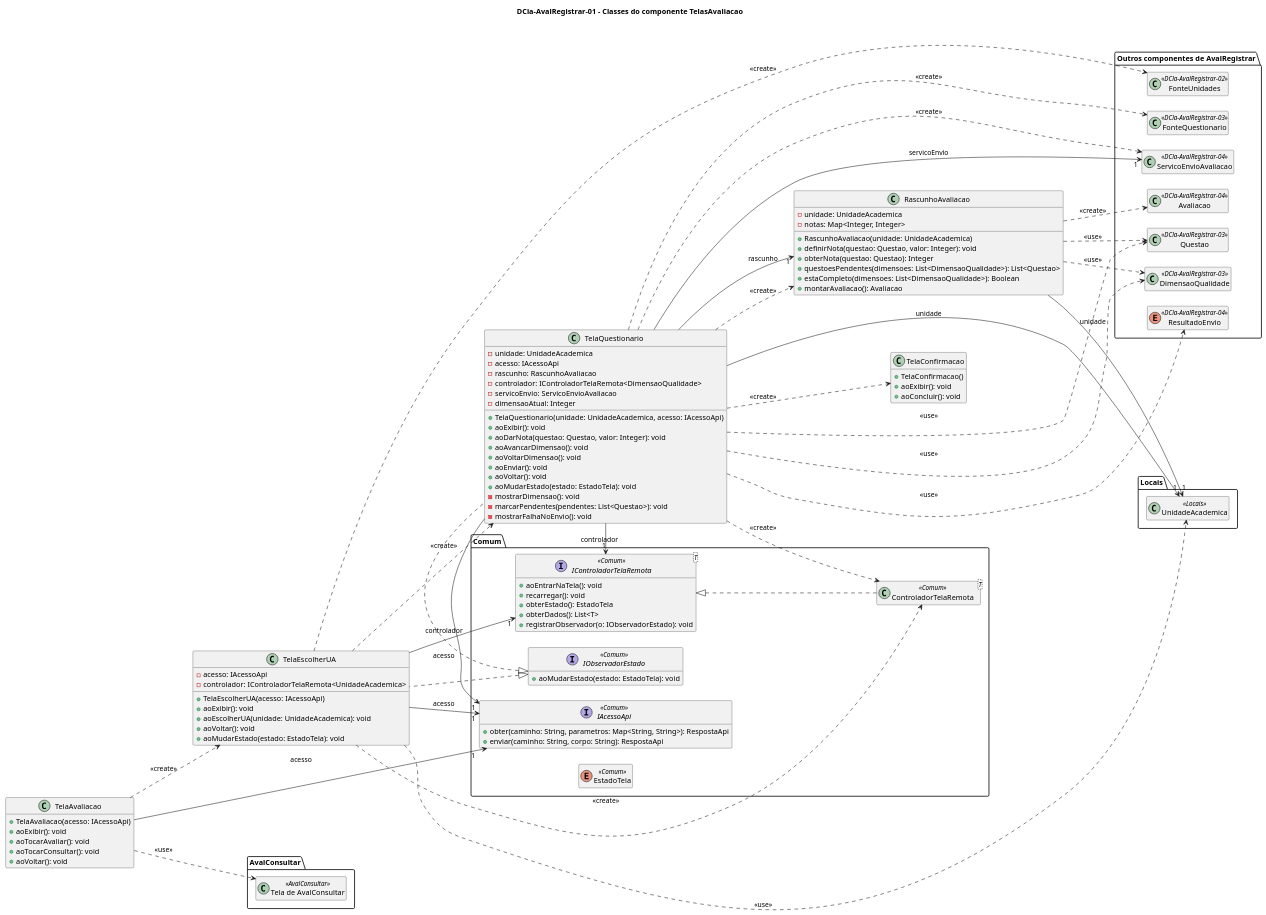
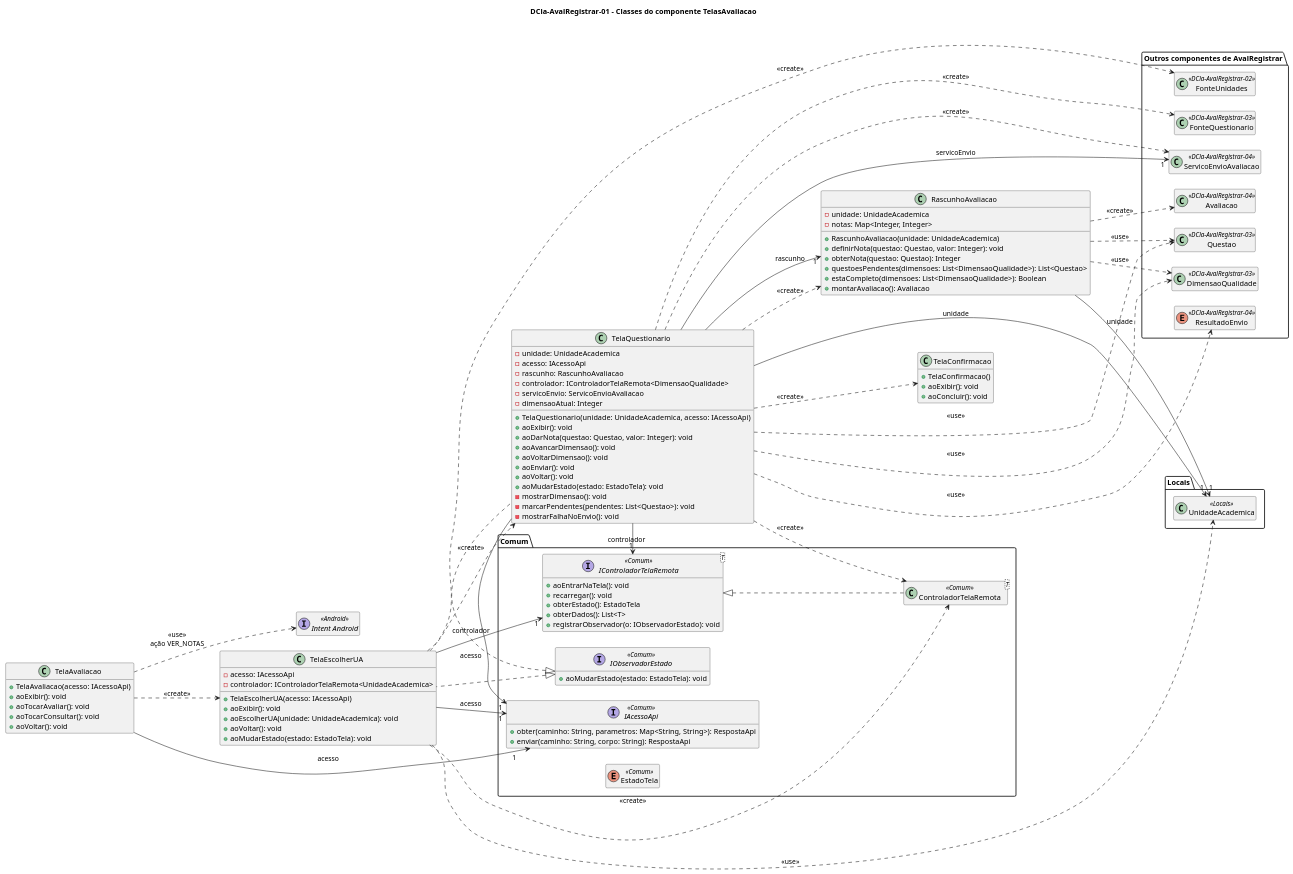
Before and after one commit to joseduardogon/Minha_UFG_Grupo_Cinza: the diagram in AvalRegistrar/DCla-AvalRegistrar-01.puml, drawn with PlantUML. The commit also changed 21 other files, not shown here.

First line of the commit message:
D-AVC-02: Avaliação – Consultar notas – estrutura (DD, DCmp e DCla)

```diff
--- a/AvalRegistrar/DCla-AvalRegistrar-01.puml
+++ b/AvalRegistrar/DCla-AvalRegistrar-01.puml
@@ -1,133 +1,131 @@
 @startuml DCla-AvalRegistrar-01
 title DCla-AvalRegistrar-01 – Classes do componente TelasAvaliacao
 hide empty members
 left to right direction
 skinparam nodesep 30
 skinparam ranksep 60
 
 package "Comum" {
   interface IAcessoApi <<Comum>> {
     + obter(caminho: String, parametros: Map<String, String>): RespostaApi
     + enviar(caminho: String, corpo: String): RespostaApi
   }
   interface "IControladorTelaRemota<T>" as IControlador <<Comum>> {
     + aoEntrarNaTela(): void
     + recarregar(): void
     + obterEstado(): EstadoTela
     + obterDados(): List<T>
     + registrarObservador(o: IObservadorEstado): void
   }
   class "ControladorTelaRemota<T>" as Controlador <<Comum>>
   interface IObservadorEstado <<Comum>> {
     + aoMudarEstado(estado: EstadoTela): void
   }
   enum EstadoTela <<Comum>>
 }
 
 package "Locais" {
   class UnidadeAcademica <<Locais>>
 }
 
-package "AvalConsultar" {
-  class "Tela de AvalConsultar" as TelaConsulta <<AvalConsultar>>
-}
+interface "Intent Android" as Intent <<Android>>
 
 package "Outros componentes de AvalRegistrar" {
   class FonteUnidades <<DCla-AvalRegistrar-02>>
   class FonteQuestionario <<DCla-AvalRegistrar-03>>
   class DimensaoQualidade <<DCla-AvalRegistrar-03>>
   class Questao <<DCla-AvalRegistrar-03>>
   class ServicoEnvioAvaliacao <<DCla-AvalRegistrar-04>>
   class Avaliacao <<DCla-AvalRegistrar-04>>
   enum ResultadoEnvio <<DCla-AvalRegistrar-04>>
 }
 
 class TelaAvaliacao {
   + TelaAvaliacao(acesso: IAcessoApi)
   + aoExibir(): void
   + aoTocarAvaliar(): void
   + aoTocarConsultar(): void
   + aoVoltar(): void
 }
 
 class TelaEscolherUA {
   - acesso: IAcessoApi
   - controlador: IControladorTelaRemota<UnidadeAcademica>
   + TelaEscolherUA(acesso: IAcessoApi)
   + aoExibir(): void
   + aoEscolherUA(unidade: UnidadeAcademica): void
   + aoVoltar(): void
   + aoMudarEstado(estado: EstadoTela): void
 }
 
 class TelaQuestionario {
   - unidade: UnidadeAcademica
   - acesso: IAcessoApi
   - rascunho: RascunhoAvaliacao
   - controlador: IControladorTelaRemota<DimensaoQualidade>
   - servicoEnvio: ServicoEnvioAvaliacao
   - dimensaoAtual: Integer
   + TelaQuestionario(unidade: UnidadeAcademica, acesso: IAcessoApi)
   + aoExibir(): void
   + aoDarNota(questao: Questao, valor: Integer): void
   + aoAvancarDimensao(): void
   + aoVoltarDimensao(): void
   + aoEnviar(): void
   + aoVoltar(): void
   + aoMudarEstado(estado: EstadoTela): void
   - mostrarDimensao(): void
   - marcarPendentes(pendentes: List<Questao>): void
   - mostrarFalhaNoEnvio(): void
 }
 
 class TelaConfirmacao {
   + TelaConfirmacao()
   + aoExibir(): void
   + aoConcluir(): void
 }
 
 class RascunhoAvaliacao {
   - unidade: UnidadeAcademica
   - notas: Map<Integer, Integer>
   + RascunhoAvaliacao(unidade: UnidadeAcademica)
   + definirNota(questao: Questao, valor: Integer): void
   + obterNota(questao: Questao): Integer
   + questoesPendentes(dimensoes: List<DimensaoQualidade>): List<Questao>
   + estaCompleto(dimensoes: List<DimensaoQualidade>): Boolean
   + montarAvaliacao(): Avaliacao
 }
 
 IControlador <|.. Controlador
 IObservadorEstado <|.. TelaEscolherUA
 IObservadorEstado <|.. TelaQuestionario
 
 TelaAvaliacao --> "1" IAcessoApi : acesso
 TelaAvaliacao ..> TelaEscolherUA : <<create>>
-TelaAvaliacao ..> TelaConsulta : <<use>>
+TelaAvaliacao ..> Intent : <<use>>\nação VER_NOTAS
 
 TelaEscolherUA --> "1" IAcessoApi : acesso
 TelaEscolherUA --> "1" IControlador : controlador
 TelaEscolherUA ..> Controlador : <<create>>
 TelaEscolherUA ..> FonteUnidades : <<create>>
 TelaEscolherUA ..> TelaQuestionario : <<create>>
 TelaEscolherUA ..> UnidadeAcademica : <<use>>
 
 TelaQuestionario --> "1" UnidadeAcademica : unidade
 TelaQuestionario --> "1" IAcessoApi : acesso
 TelaQuestionario --> "1" RascunhoAvaliacao : rascunho
 TelaQuestionario --> "1" IControlador : controlador
 TelaQuestionario --> "1" ServicoEnvioAvaliacao : servicoEnvio
 TelaQuestionario ..> Controlador : <<create>>
 TelaQuestionario ..> RascunhoAvaliacao : <<create>>
 TelaQuestionario ..> FonteQuestionario : <<create>>
 TelaQuestionario ..> ServicoEnvioAvaliacao : <<create>>
 TelaQuestionario ..> TelaConfirmacao : <<create>>
 TelaQuestionario ..> DimensaoQualidade : <<use>>
 TelaQuestionario ..> Questao : <<use>>
 TelaQuestionario ..> ResultadoEnvio : <<use>>
 
 RascunhoAvaliacao --> "1" UnidadeAcademica : unidade
 RascunhoAvaliacao ..> Avaliacao : <<create>>
 RascunhoAvaliacao ..> DimensaoQualidade : <<use>>
 RascunhoAvaliacao ..> Questao : <<use>>
 @enduml
```
